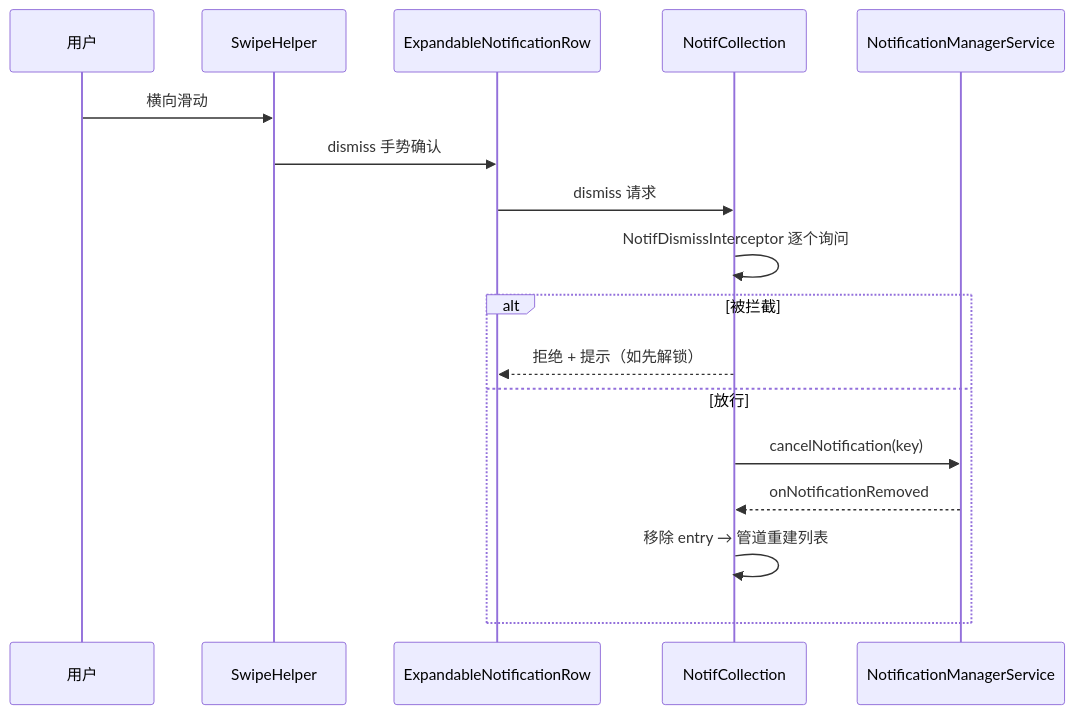
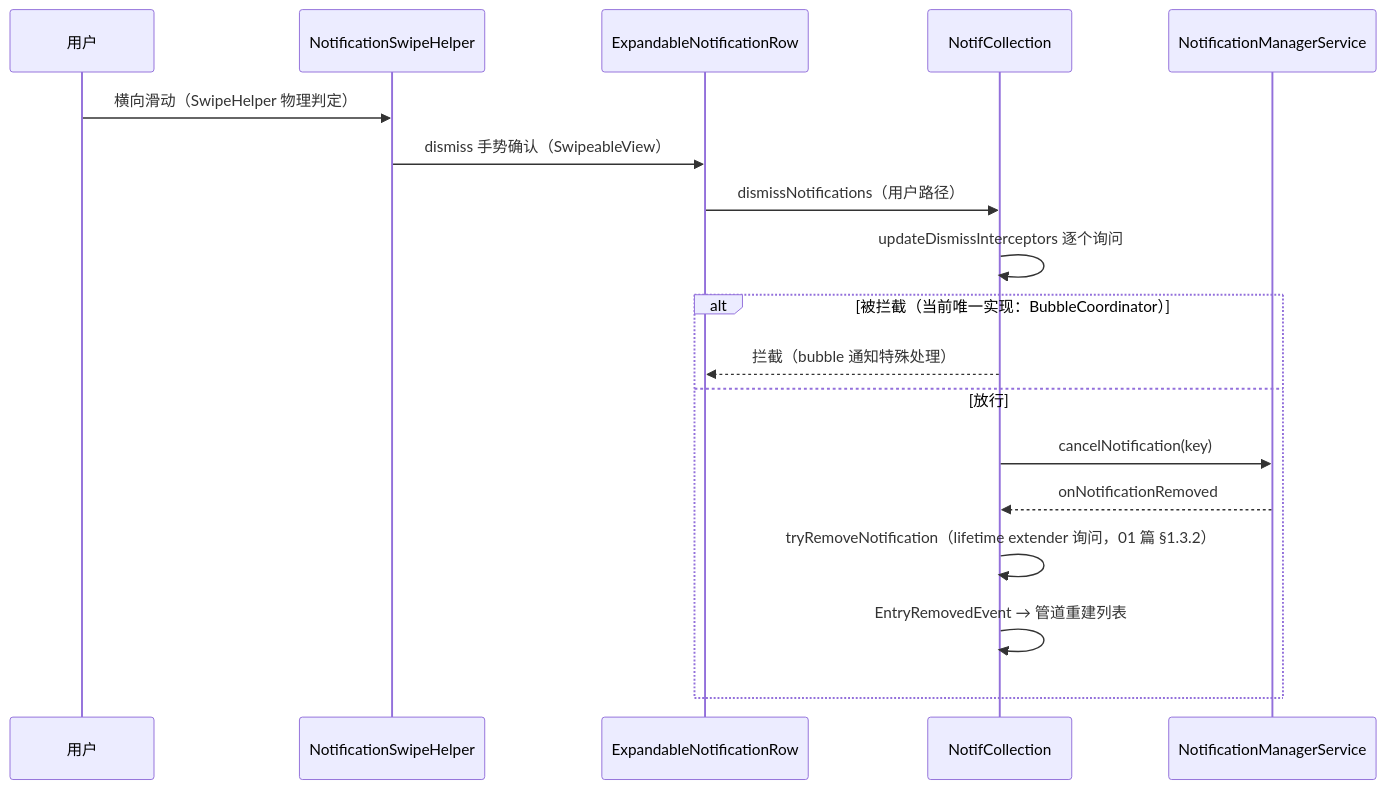
Before and after one commit to chenpeigen2/SystemUI-Gradle: the diagram in docs/architecture/notifications/06-interaction.md, drawn with Mermaid. The commit also changed other lines of this file and 7 other files, not shown here.

````diff
--- a/docs/architecture/notifications/06-interaction.md
+++ b/docs/architecture/notifications/06-interaction.md
@@ -44,20 +68,21 @@
 ```mermaid
 sequenceDiagram
     participant U as 用户
-    participant SH as SwipeHelper
+    participant NSH as NotificationSwipeHelper
     participant ROW as ExpandableNotificationRow
     participant COL as NotifCollection
     participant NMS as NotificationManagerService
 
-    U->>SH: 横向滑动
-    SH->>ROW: dismiss 手势确认
-    ROW->>COL: dismiss 请求
-    COL->>COL: NotifDismissInterceptor 逐个询问
-    alt 被拦截
-        COL-->>ROW: 拒绝 + 提示（如先解锁）
+    U->>NSH: 横向滑动（SwipeHelper 物理判定）
+    NSH->>ROW: dismiss 手势确认（SwipeableView）
+    ROW->>COL: dismissNotifications（用户路径）
+    COL->>COL: updateDismissInterceptors 逐个询问
+    alt 被拦截（当前唯一实现：BubbleCoordinator）
+        COL-->>ROW: 拦截（bubble 通知特殊处理）
     else 放行
         COL->>NMS: cancelNotification(key)
         NMS-->>COL: onNotificationRemoved
-        COL->>COL: 移除 entry → 管道重建列表
+        COL->>COL: tryRemoveNotification（lifetime extender 询问，01 篇 §1.3.2）
+        COL->>COL: EntryRemovedEvent → 管道重建列表
     end
 ```
````
